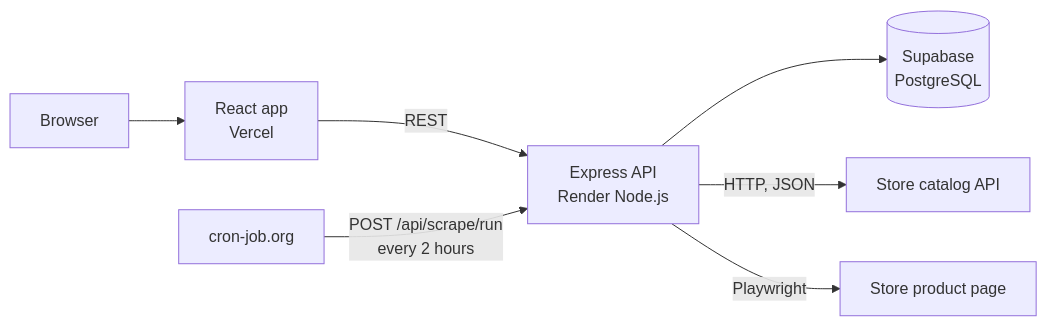
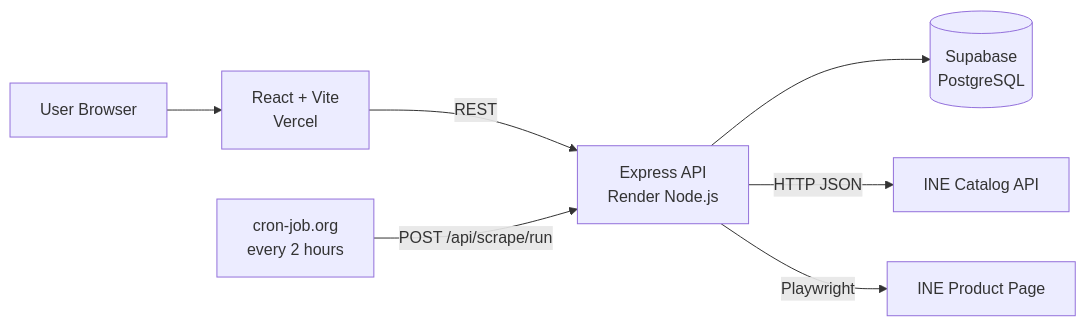
The diagram in README.md (Vishuddhijain/-INE-Product-Price-Tracker), drawn with Mermaid before and after one commit. The commit also changed other lines of this file and 1 other file, not shown here.

````diff
--- a/README.md
+++ b/README.md
@@ -33,10 +57,13 @@
 ```mermaid
 flowchart LR
-  B[Browser] --> FE[React app<br/>Vercel]
-  FE -->|REST| API[Express API<br/>Render Node.js]
-  API --> DB[(Supabase<br/>PostgreSQL)]
-  API -->|HTTP, JSON| CAT[Store catalog API]
-  API -->|Playwright| PAGE[Store product page]
-  CRON[cron-job.org] -->|POST /api/scrape/run<br/>every 2 hours| API
+    U[User Browser] --> FE[React + Vite<br/>Vercel]
 
+    FE -->|REST| API[Express API<br/>Render Node.js]
+
+    API --> DB[(Supabase<br/>PostgreSQL)]
+
+    API -->|HTTP JSON| CAT[INE Catalog API]
+    API -->|Playwright| STORE[INE Product Page]
+
+    CRON[cron-job.org<br/>every 2 hours] -->|POST /api/scrape/run| API
 ```
````
